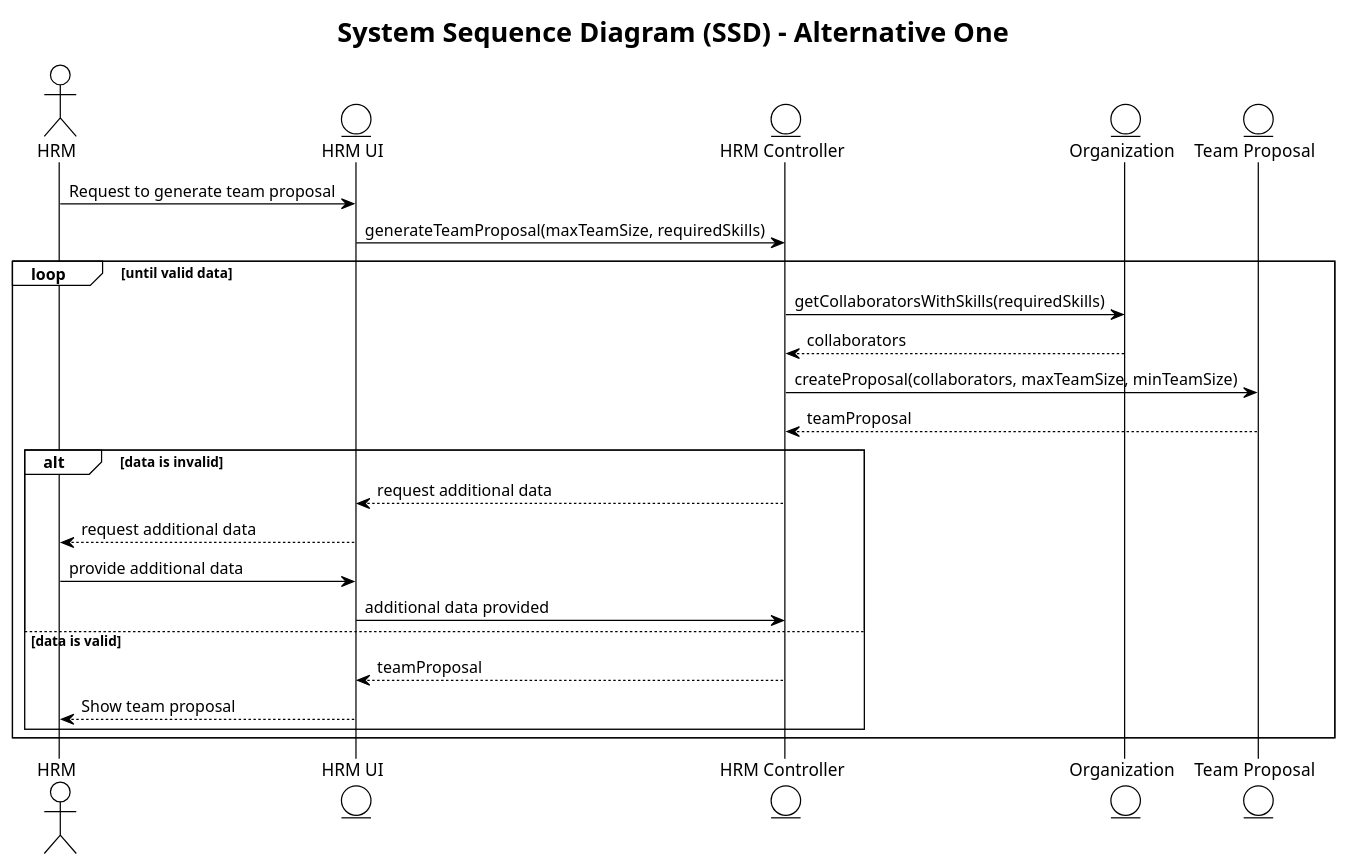
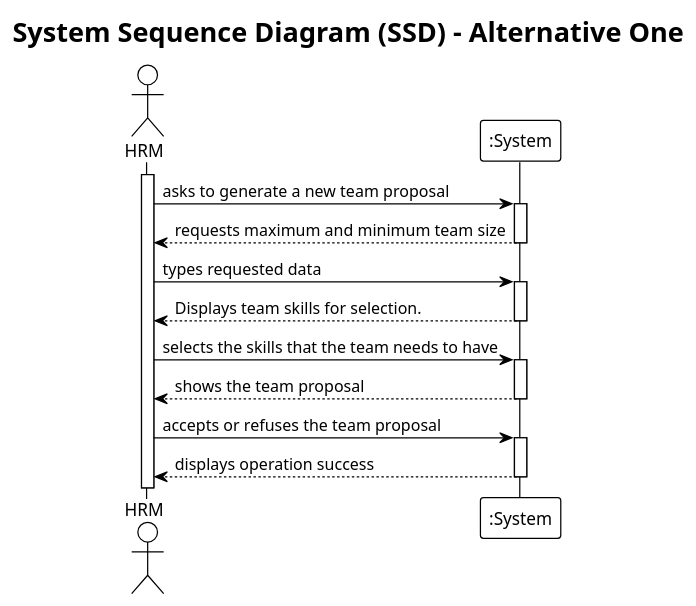
One commit to RicardoMorim/lapr2-ISEP-Project changed the diagram in docs/sprintA/us005/01.requirements-engineering/puml/us005-alternative-one.puml. Above: the diagram before and after it, drawn with PlantUML. The commit also changed 9 other files, not shown here.

```diff
--- a/docs/sprintA/us005/01.requirements-engineering/puml/us005-alternative-one.puml
+++ b/docs/sprintA/us005/01.requirements-engineering/puml/us005-alternative-one.puml
@@ -1,31 +1,37 @@
 @startuml
 !theme plain
 
 title System Sequence Diagram (SSD) - Alternative One
 
-actor HRM
-entity "HRM UI" as UI
-entity "HRM Controller" as Controller
-entity "Organization" as Org
-entity "Team Proposal" as Proposal
 
-HRM -> UI : Request to generate team proposal
-UI -> Controller : generateTeamProposal(maxTeamSize, requiredSkills)
+actor "HRM" as Employee
+participant ":System" as System
 
-loop until valid data
-    Controller -> Org : getCollaboratorsWithSkills(requiredSkills)
-    Org --> Controller : collaborators
-    Controller -> Proposal : createProposal(collaborators, maxTeamSize, minTeamSize)
-    Proposal --> Controller : teamProposal
-    alt data is invalid
-        Controller --> UI : request additional data
-        UI --> HRM : request additional data
-        HRM -> UI : provide additional data
-        UI -> Controller : additional data provided
-    else data is valid
-        Controller --> UI : teamProposal
-        UI --> HRM : Show team proposal
-    end
-end
+activate Employee
+
+    Employee -> System : asks to generate a new team proposal
+    activate System
+
+        System --> Employee : requests maximum and minimum team size
+    deactivate System
+
+    Employee -> System : types requested data
+    activate System
+
+        System --> Employee : Displays team skills for selection.
+    deactivate System
+
+    Employee -> System : selects the skills that the team needs to have
+
+    activate System
+
+        System --> Employee : shows the team proposal
+    deactivate System
+
+    Employee -> System : accepts or refuses the team proposal
+    activate System
+
+        System --> Employee : displays operation success
+    deactivate System
 
 @enduml
```
